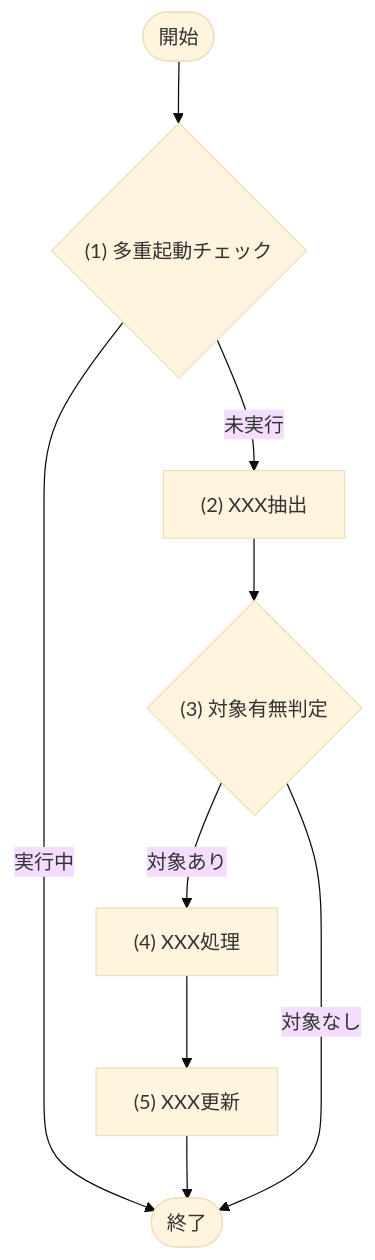
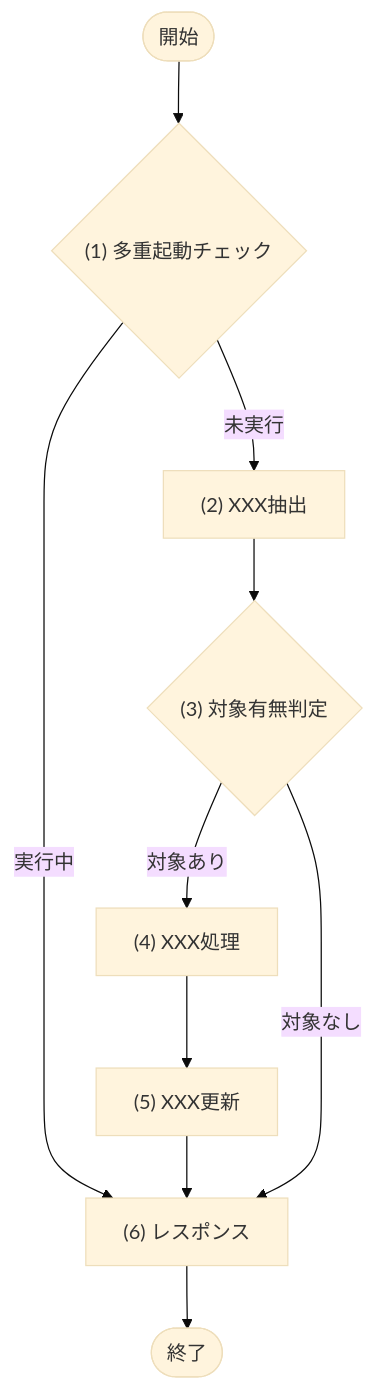
The diagram in template/02_機能設計/04_JOB設計/テンプレート_ジョブ.md (sikakou54/system-document-template), drawn with Mermaid (base theme) before and after one commit. The commit also changed other lines of this file and 35 other files, not shown here.

````diff
--- a/template/02_機能設計/04_JOB設計/テンプレート_ジョブ.md
+++ b/template/02_機能設計/04_JOB設計/テンプレート_ジョブ.md
@@ -95,16 +96,17 @@
 ```mermaid
 flowchart TD
   Start([開始])
   L{"(1) 多重起動チェック"}
   P1["(2) XXX抽出"]
   D1{"(3) 対象有無判定"}
   P2["(4) XXX処理"]
   P3["(5) XXX更新"]
+  P4["(6) レスポンス"]
   End([終了])
 
   Start --> L
-  L -- "実行中" --> End
+  L -- "実行中" --> P4 --> End
   L -- "未実行" --> P1 --> D1
-  D1 -- "対象あり" --> P2 --> P3 --> End
-  D1 -- "対象なし" --> End
+  D1 -- "対象あり" --> P2 --> P3 --> P4
+  D1 -- "対象なし" --> P4
 ```
````
